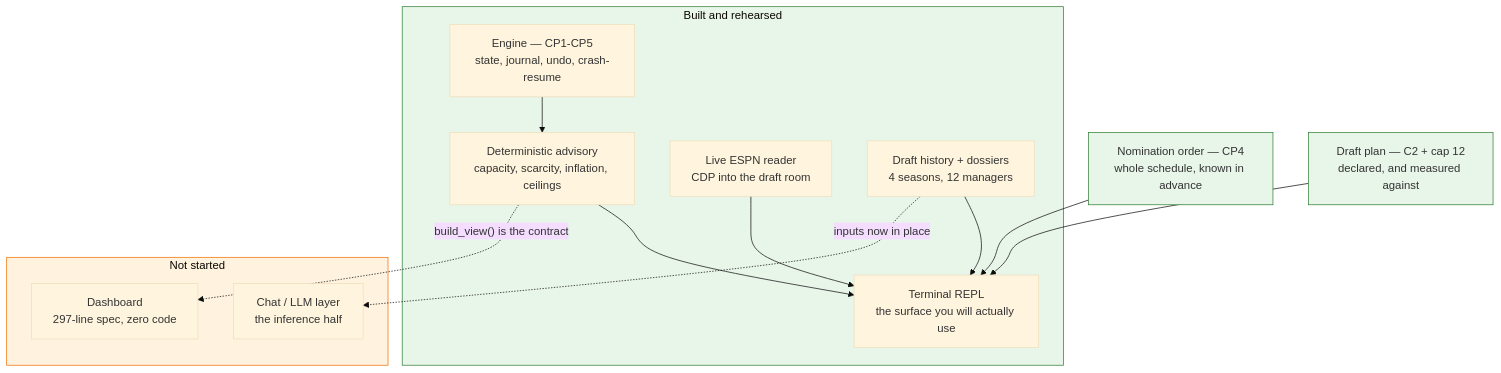
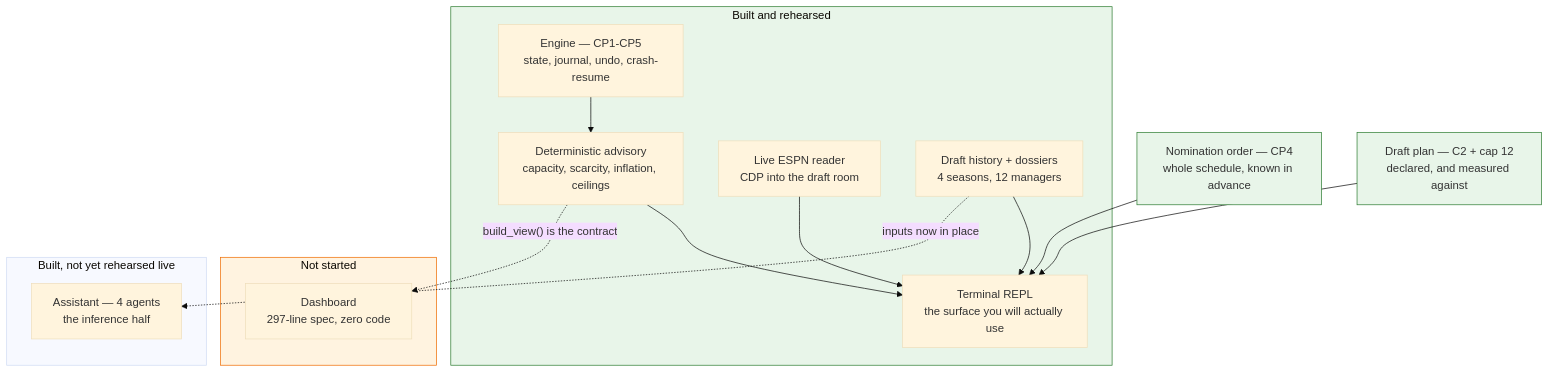
One commit to chrisaltonji/Fantasy-Football-Assistant changed the diagram in docs/BUILD_STATUS.md. Above: the diagram before and after it, drawn with Mermaid (base theme). The commit also changed other lines of this file and 28 other files, not shown here.

````diff
--- a/docs/BUILD_STATUS.md
+++ b/docs/BUILD_STATUS.md
@@ -36,27 +36,29 @@
 ```mermaid
 flowchart TB
   subgraph done["Built and rehearsed"]
     E["Engine — CP1-CP5<br/>state, journal, undo, crash-resume"]
     A["Deterministic advisory<br/>capacity, scarcity, inflation, ceilings"]
     L["Live ESPN reader<br/>CDP into the draft room"]
     T["Terminal REPL<br/>the surface you will actually use"]
     H["Draft history + dossiers<br/>4 seasons, 12 managers"]
   end
   subgraph open["Not started"]
     D["Dashboard<br/>297-line spec, zero code"]
-    C["Chat / LLM layer<br/>the inference half"]
+  end
+  subgraph built2["Built, not yet rehearsed live"]
+    C["Assistant — 4 agents<br/>the inference half"]
   end
   N["Nomination order — CP4<br/>whole schedule, known in advance"]
   S["Draft plan — C2 + cap 12<br/>declared, and measured against"]
   E --> A --> T
   L --> T
   H --> T
   N --> T
   S --> T
   A -.->|"build_view() is the contract"| D
   H -.->|"inputs now in place"| C
   style done fill:#e8f5e9,stroke:#2e7d32
   style open fill:#fff3e0,stroke:#ef6c00
   style N fill:#e8f5e9,stroke:#2e7d32
   style S fill:#e8f5e9,stroke:#2e7d32
 ```
````
